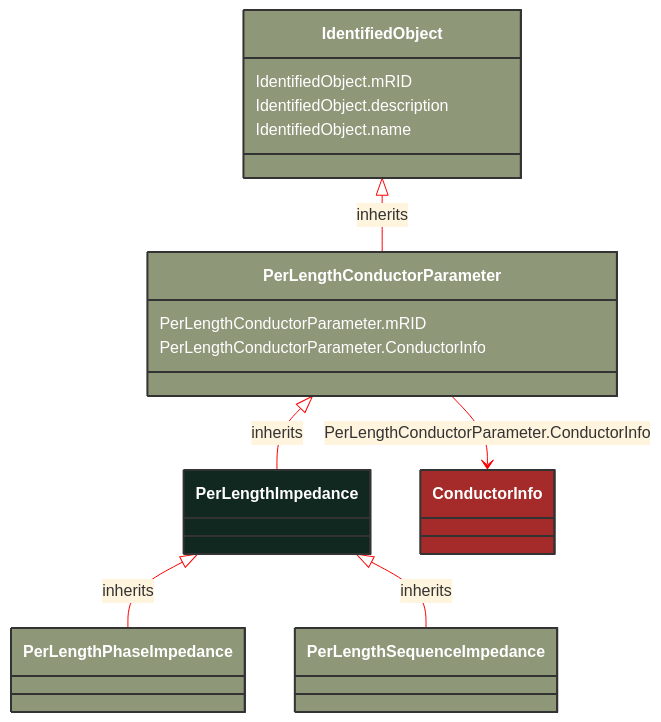
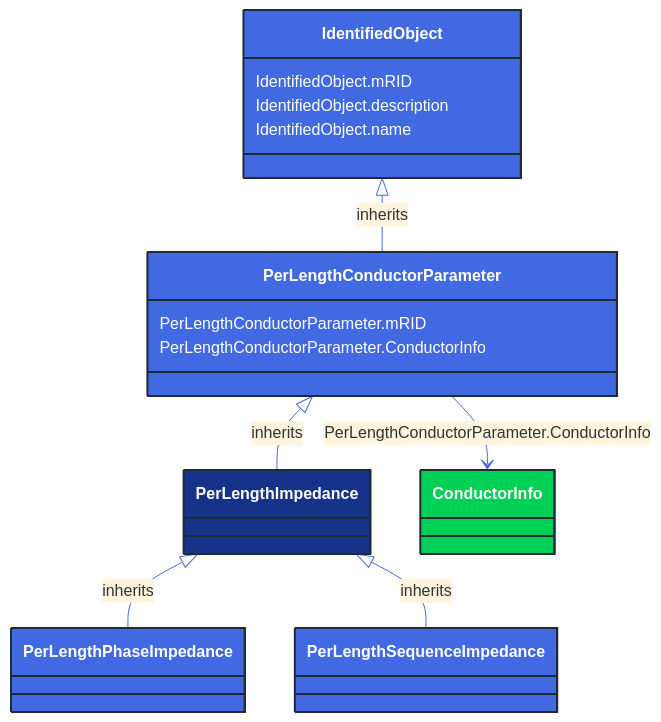
One commit to 3lbits/NoCIMExtensions changed the diagram in docs/Models/Profiles/SubseaCableInfo/AbstractClasses/PerLengthImpedance.md. Above: the diagram before and after it, drawn with Mermaid. The commit also changed 362 other files, not shown here.

First line of the commit message:
Update diagrams and styles for improved visual consistency

````diff
--- a/docs/Models/Profiles/SubseaCableInfo/AbstractClasses/PerLengthImpedance.md
+++ b/docs/Models/Profiles/SubseaCableInfo/AbstractClasses/PerLengthImpedance.md
@@ -10,40 +10,40 @@
 ```mermaid
-%%{init: {'theme':'base','themeVariables': {'lineColor': '#FF0000'}}}%%
+%%{init: {'theme':'base','themeVariables': {'lineColor': '#4169E1'}}}%%
 classDiagram
     class PerLengthImpedance
     click PerLengthImpedance href "/Models/Profiles/SubseaCableInfo/AbstractClasses/PerLengthImpedance/"
-    style PerLengthImpedance fill:#102820,stroke:#333,stroke-width:2px,rx:10,ry:10,color:white
+    style PerLengthImpedance fill:#163289,stroke:#1F2A37,stroke-width:2px,rx:10,ry:10,color:white
 
         PerLengthImpedance <|-- PerLengthPhaseImpedance : inherits
 
         PerLengthPhaseImpedance
             click PerLengthPhaseImpedance href "/Models/Profiles/SubseaCableInfo/ConcreteClasses/PerLengthPhaseImpedance/"
-            style PerLengthPhaseImpedance fill:#8F9779,stroke:#333,stroke-width:2px,rx:10,ry:10,color:white
+            style PerLengthPhaseImpedance fill:#4169E1,stroke:#1F2A37,stroke-width:2px,rx:10,ry:10,color:white
 
         PerLengthImpedance <|-- PerLengthSequenceImpedance : inherits
 
         PerLengthSequenceImpedance
             click PerLengthSequenceImpedance href "/Models/Profiles/SubseaCableInfo/ConcreteClasses/PerLengthSequenceImpedance/"
-            style PerLengthSequenceImpedance fill:#8F9779,stroke:#333,stroke-width:2px,rx:10,ry:10,color:white
+            style PerLengthSequenceImpedance fill:#4169E1,stroke:#1F2A37,stroke-width:2px,rx:10,ry:10,color:white
      
         PerLengthConductorParameter <|-- PerLengthImpedance : inherits
             click PerLengthConductorParameter href "/Models/Profiles/SubseaCableInfo/AbstractClasses/PerLengthConductorParameter/"
-            style PerLengthConductorParameter fill:#8F9779,stroke:#333,stroke-width:2px,rx:10,ry:10,color:white
+            style PerLengthConductorParameter fill:#4169E1,stroke:#1F2A37,stroke-width:2px,rx:10,ry:10,color:white
      
         IdentifiedObject <|-- PerLengthConductorParameter : inherits
             click IdentifiedObject href "/Models/Profiles/SubseaCableInfo/AbstractClasses/IdentifiedObject/"
-            style IdentifiedObject fill:#8F9779,stroke:#333,stroke-width:2px,rx:10,ry:10,color:white
+            style IdentifiedObject fill:#4169E1,stroke:#1F2A37,stroke-width:2px,rx:10,ry:10,color:white
 
         PerLengthConductorParameter --> ConductorInfo : PerLengthConductorParameter.ConductorInfo
 
         ConductorInfo
             click ConductorInfo href "/Models/Profiles/SubseaCableInfo/AbstractClasses/ConductorInfo/"
-            style ConductorInfo fill:#A52A2A,stroke:#333,stroke-width:2px,rx:10,ry:10,color:white
+            style ConductorInfo fill:#00D156,stroke:#1F2A37,stroke-width:2px,rx:10,ry:10,color:white
 
 
         PerLengthConductorParameter : PerLengthConductorParameter.mRID
         PerLengthConductorParameter : PerLengthConductorParameter.ConductorInfo
         IdentifiedObject : IdentifiedObject.mRID
         IdentifiedObject : IdentifiedObject.description
         IdentifiedObject : IdentifiedObject.name
 ```
````
